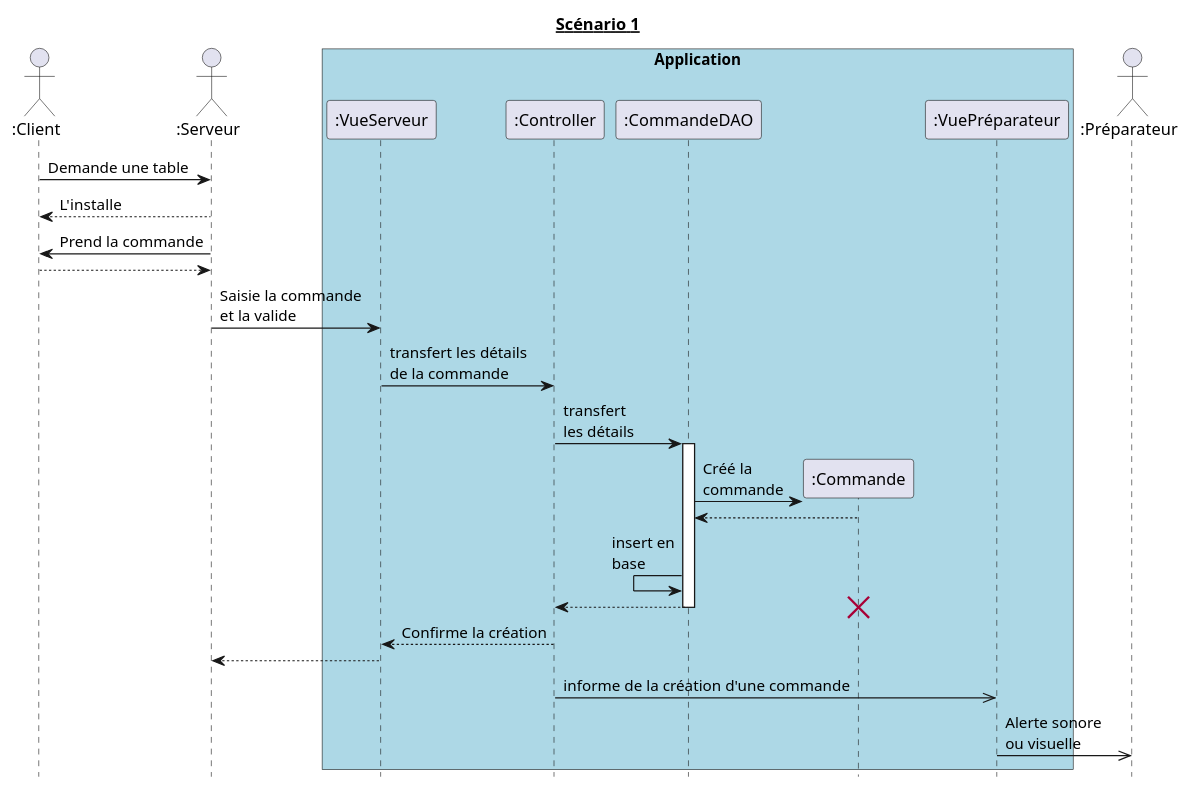
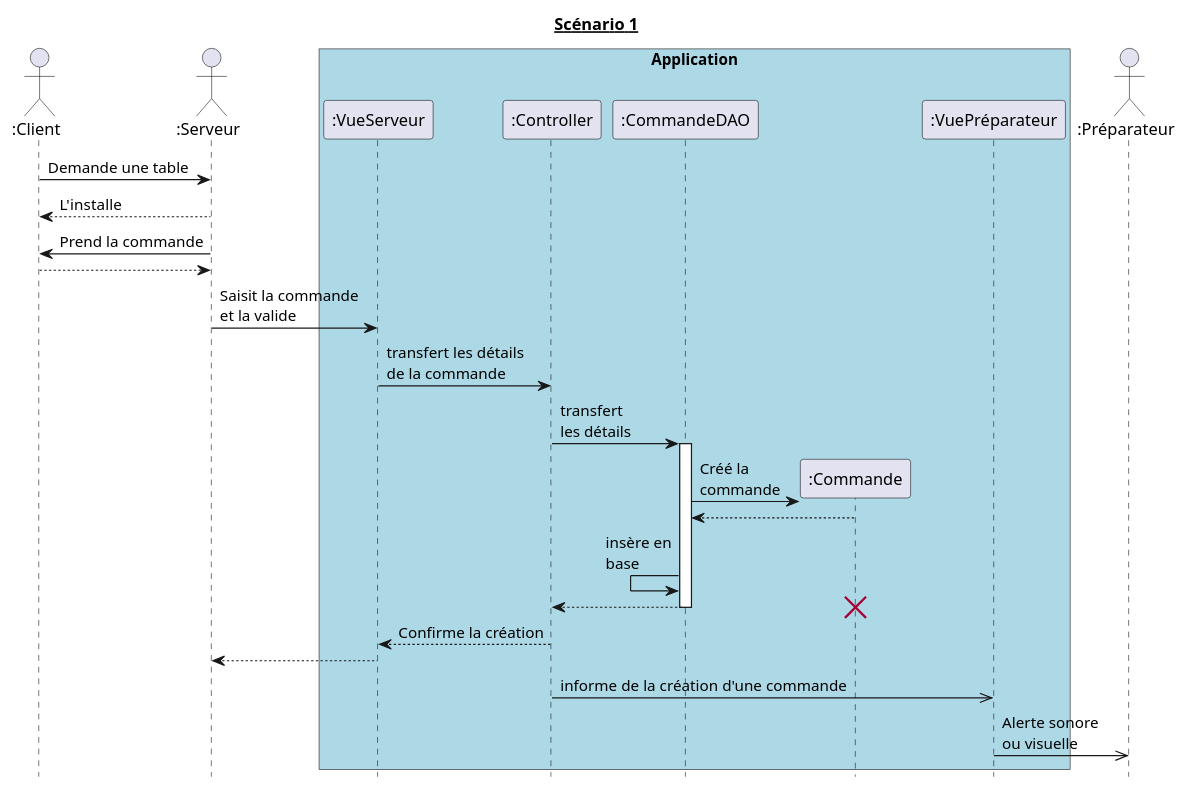
Before and after one commit to hulskenA/GL-Les_seigneurs_du_resto: the diagram in diagrammes_sequences_detailles/dss1.md, drawn with PlantUML.

````diff
--- a/diagrammes_sequences_detailles/dss1.md
+++ b/diagrammes_sequences_detailles/dss1.md
@@ -1,43 +1,43 @@
 ```puml
 @startuml
 hide footbox
 title __Scénario 1__
 
 actor ":Client" as Client order 10
 actor ":Serveur" as Serveur order 20
 actor ":Préparateur" as Préparateur order 80
 
 box "Application" #Lightblue
   participant ":VueServeur" as VueServeur order 30
   participant ":Controller" as Controller order 40
   participant ":CommandeDAO" as CommandeDAO order 50
   participant ":Commande" as Commande order 60
   participant ":VuePréparateur" as VuePréparateur order 70
 endbox
 
 Client -> Serveur : Demande une table
 Client <-- Serveur : L'installe
 Client <- Serveur : Prend la commande
 Client --> Serveur
 
-Serveur -> VueServeur : Saisie la commande\net la valide
+Serveur -> VueServeur : Saisit la commande\net la valide
 VueServeur -> Controller : transfert les détails\nde la commande
 Controller -> CommandeDAO : transfert\nles détails
 activate CommandeDAO
 
 create Commande
 CommandeDAO -> Commande : Créé la\ncommande
 CommandeDAO <-- Commande
-CommandeDAO <- CommandeDAO : insert en\nbase
+CommandeDAO <- CommandeDAO : insère en\nbase
 CommandeDAO --> Controller
 destroy Commande
 deactivate CommandeDAO
 
 Controller --> VueServeur : Confirme la création
 VueServeur --> Serveur
 
 Controller ->> VuePréparateur : informe de la création d'une commande
 VuePréparateur ->> Préparateur : Alerte sonore\nou visuelle
 
 @enduml
 ```
````
